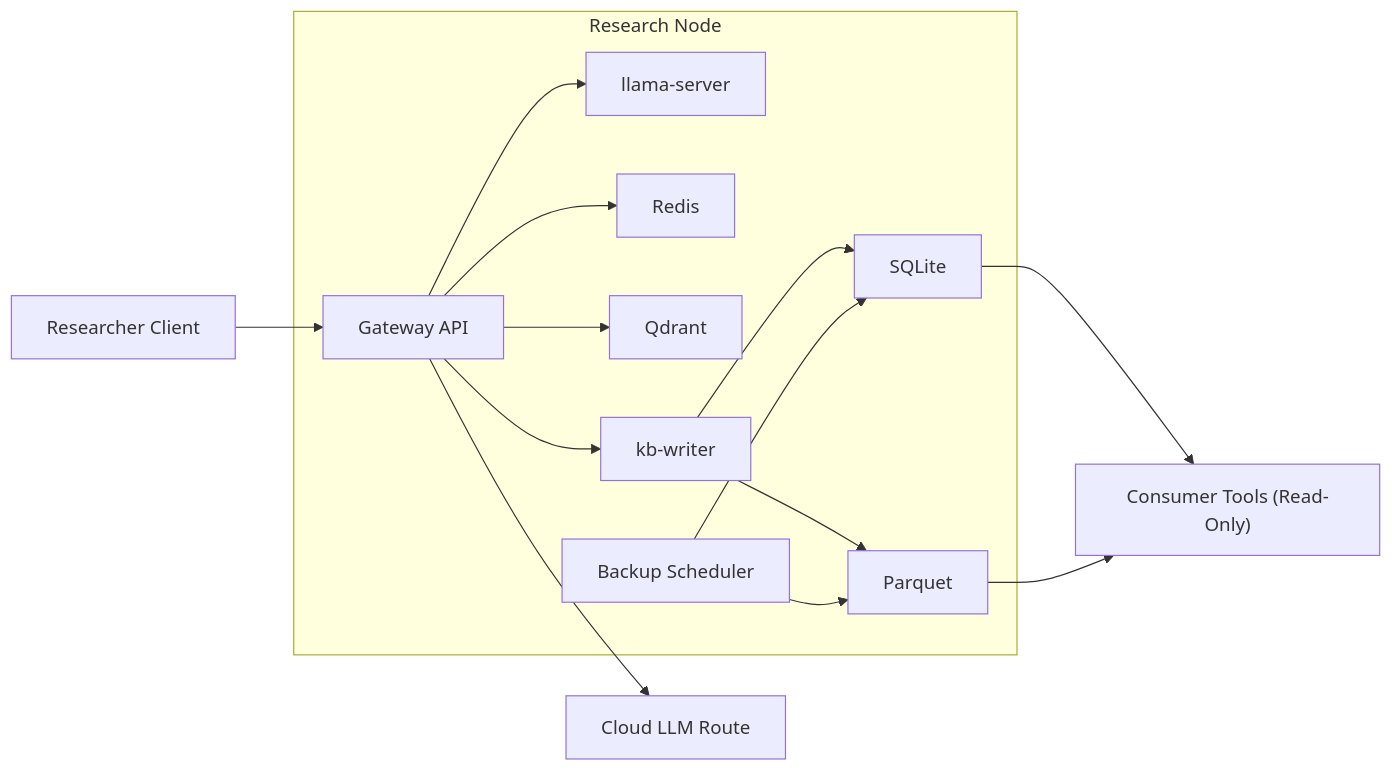
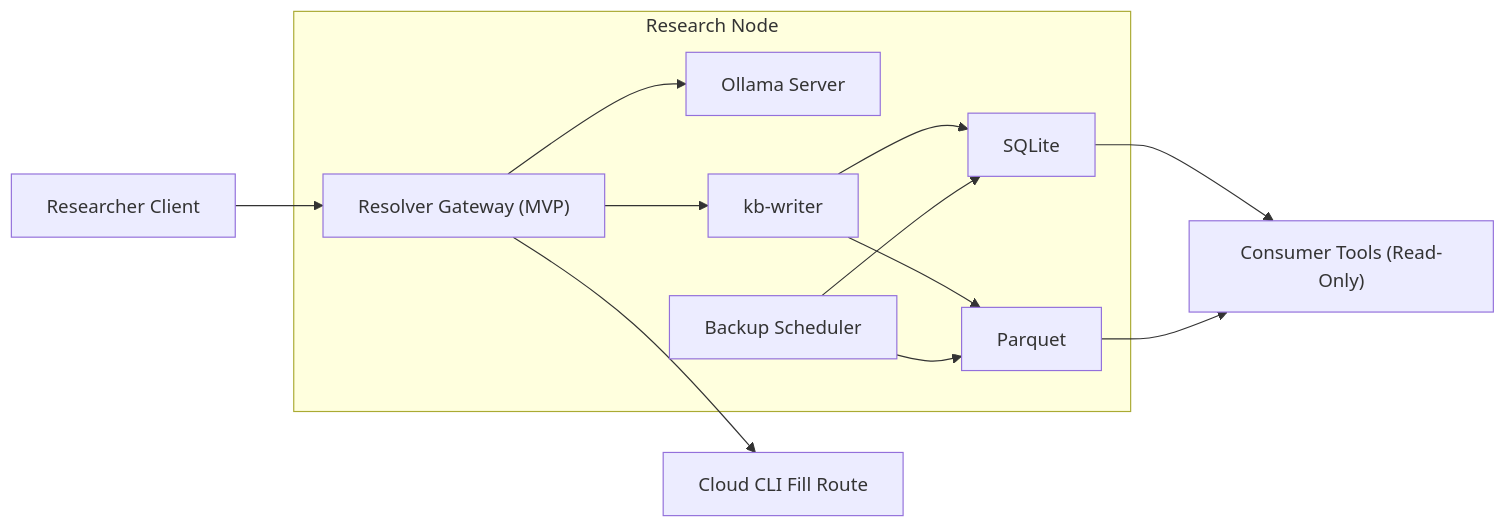
Before and after one commit to xXChiffreXx/AI-Hybrid-Deployment: the first of 2 diagrams in docs/architecture/00_system_architecture.md, drawn with Mermaid. The commit also changed other lines of this file and 3 other files, not shown here.

Commit message:
Align architecture docs to MVP local-first enrichment workflow

````diff
--- a/docs/architecture/00_system_architecture.md
+++ b/docs/architecture/00_system_architecture.md
@@ -33,19 +45,17 @@
 ```mermaid
 flowchart LR
-  U[Researcher Client] --> G[Gateway API]
+  U["Researcher Client"] --> G["Resolver Gateway (MVP)"]
 
-  subgraph N[Research Node]
-    G --> L[llama-server]
-    G --> R[Redis]
-    G --> Q[Qdrant]
-    G --> K[kb-writer]
-    K --> S[SQLite]
-    K --> P[Parquet]
-    B[Backup Scheduler] --> S
+  subgraph N["Research Node"]
+    G --> O["Ollama Server"]
+    G --> W["kb-writer"]
+    W --> S["SQLite"]
+    W --> P["Parquet"]
+    B["Backup Scheduler"] --> S
     B --> P
   end
 
-  G --> C[Cloud LLM Route]
+  G --> C["Cloud CLI Fill Route"]
   S --> V["Consumer Tools (Read-Only)"]
   P --> V
 ```
````
